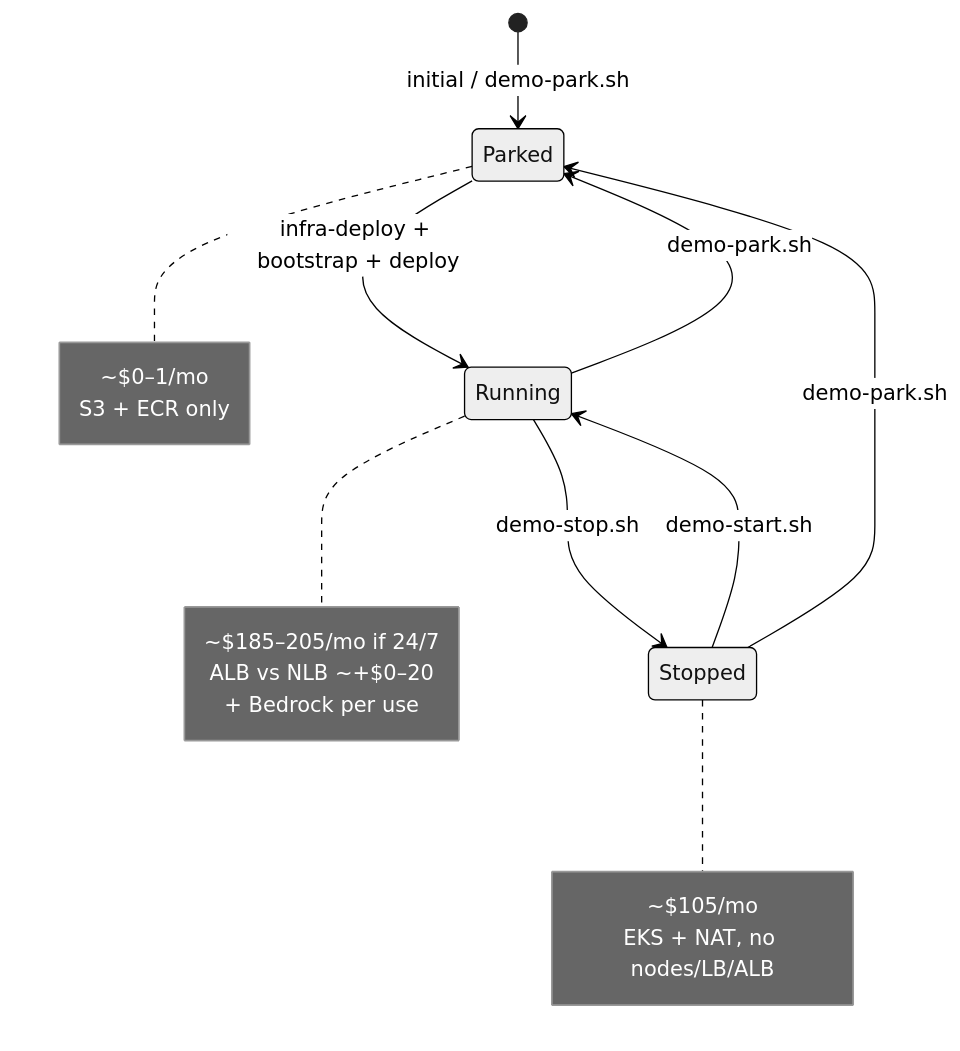
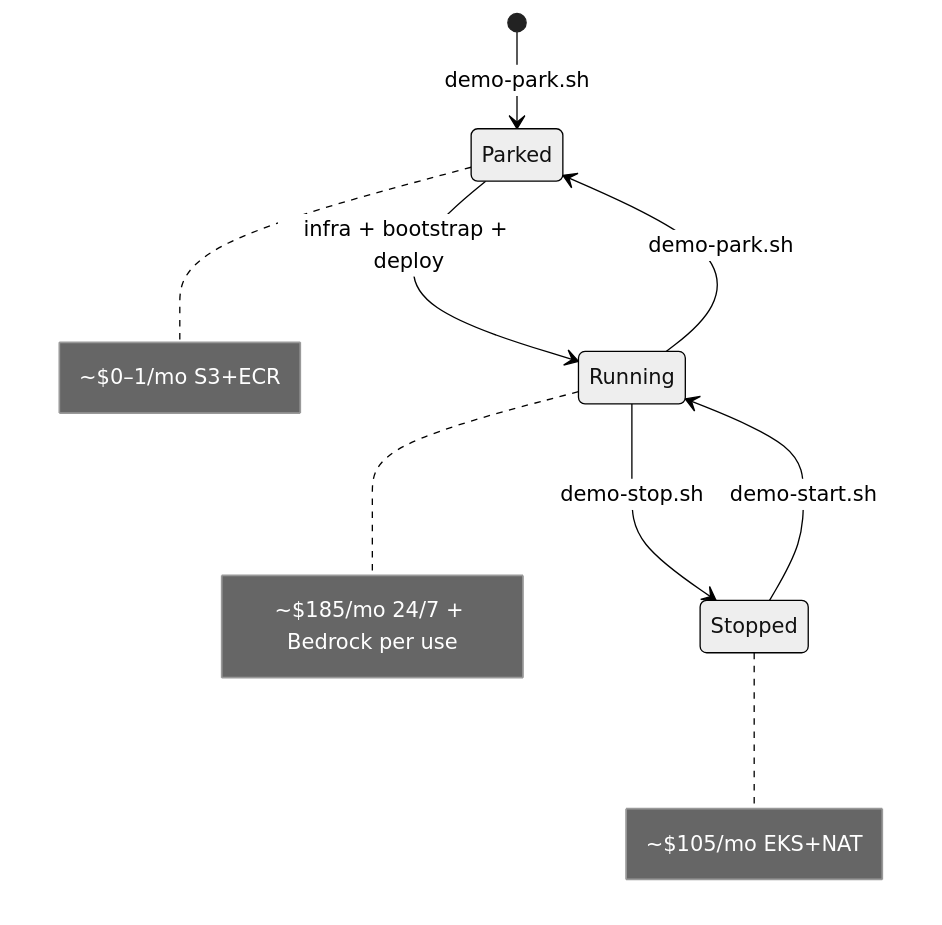
The sixth of 6 diagrams in docs/ARCHITECTURE_DIAGRAM.md (emguru/langrag), drawn with Mermaid (neutral theme) before and after one commit. The commit also changed other lines of this file and 22 other files, not shown here.

First line of the commit message:
Add RAG quality features and refresh architecture docs.

````diff
--- a/docs/ARCHITECTURE_DIAGRAM.md
+++ b/docs/ARCHITECTURE_DIAGRAM.md
@@ -291,25 +221,12 @@
 ```mermaid
 stateDiagram-v2
-  [*] --> Parked: initial / demo-park.sh
-  Parked --> Running: infra-deploy + bootstrap + deploy
+  [*] --> Parked: demo-park.sh
+  Parked --> Running: infra + bootstrap + deploy
   Running --> Stopped: demo-stop.sh
   Stopped --> Running: demo-start.sh
   Running --> Parked: demo-park.sh
-  Stopped --> Parked: demo-park.sh
 
-  note right of Parked
-    ~$0–1/mo
-    S3 + ECR only
-  end note
-
-  note right of Stopped
-    ~$105/mo
-    EKS + NAT, no nodes/LB/ALB
-  end note
-
-  note right of Running
-    ~$185–205/mo if 24/7
-    ALB vs NLB ~+$0–20
-    + Bedrock per use
-  end note
+  note right of Parked: ~$0–1/mo S3+ECR
+  note right of Stopped: ~$105/mo EKS+NAT
+  note right of Running: ~$185/mo 24/7 + Bedrock per use
 ```
````
